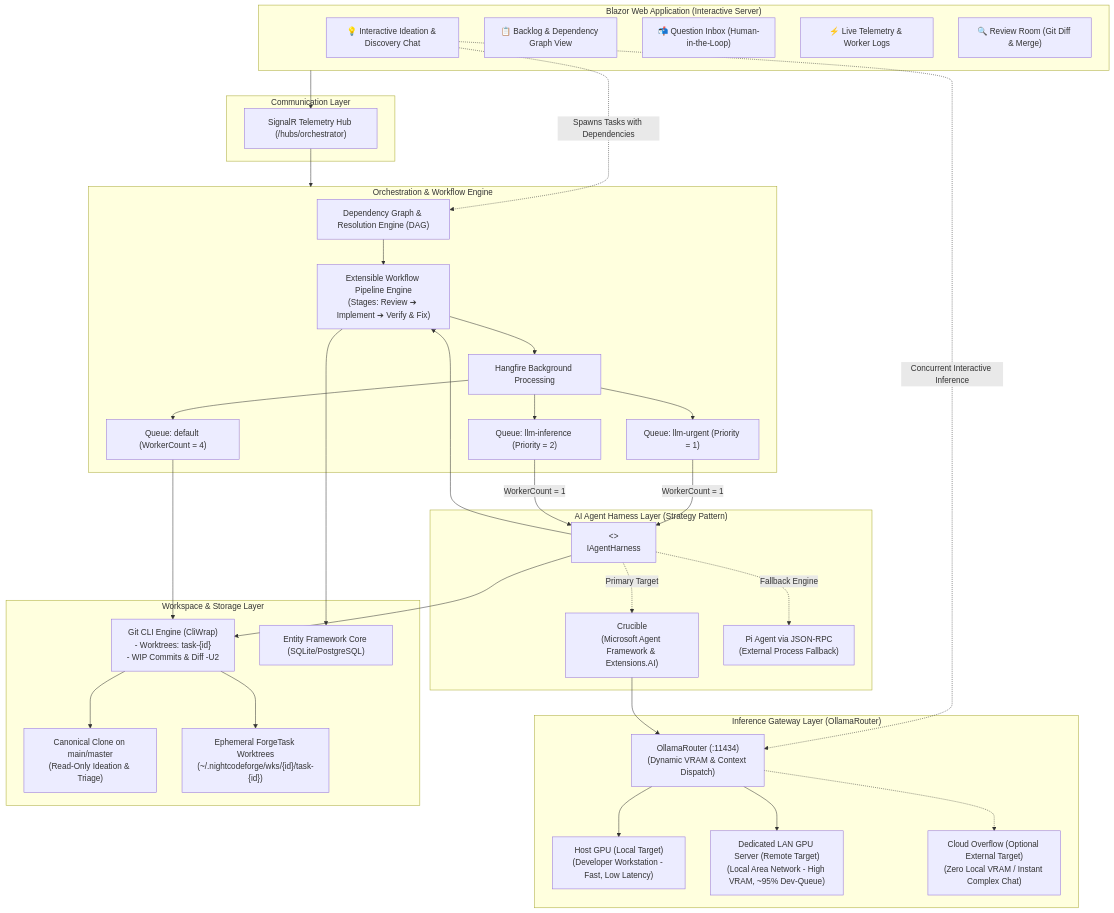
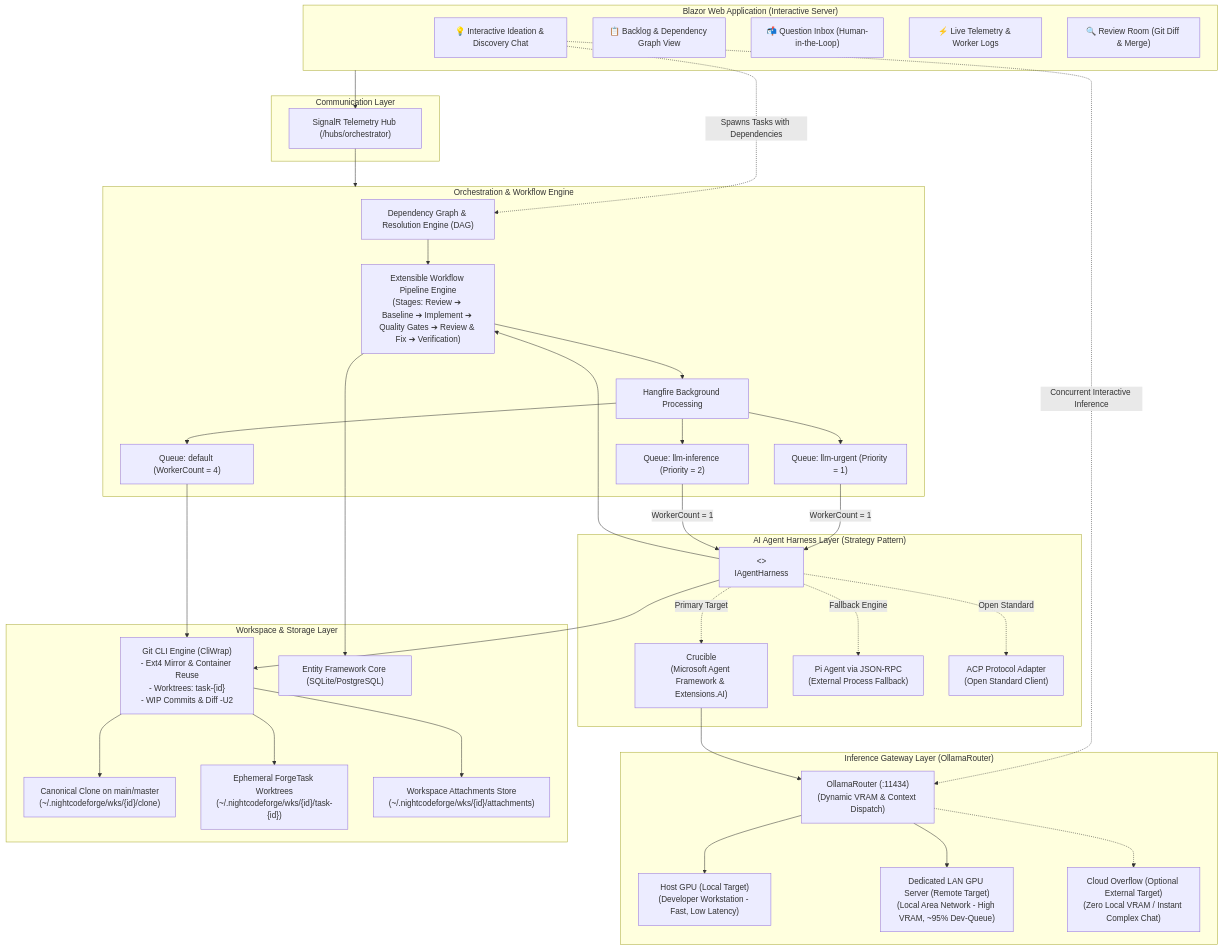
Before and after one commit to jetelain/NightCodeForge: the first of 23 diagrams in docs/ARCHITECTURE.md, drawn with Mermaid. The commit also changed other lines of this file and 7 other files, not shown here.

````diff
--- a/docs/ARCHITECTURE.md
+++ b/docs/ARCHITECTURE.md
@@ -29,71 +29,75 @@
 ```mermaid
 flowchart TB
     subgraph UI ["Blazor Web Application (Interactive Server)"]
         Ideation["💡 Interactive Ideation & Discovery Chat"]
         Backlog["📋 Backlog & Dependency Graph View"]
         Inbox["📬 Question Inbox (Human-in-the-Loop)"]
         Monitor["⚡ Live Telemetry & Worker Logs"]
         Review["🔍 Review Room (Git Diff & Merge)"]
     end
 
     subgraph Hubs ["Communication Layer"]
         SignalR["SignalR Telemetry Hub (/hubs/orchestrator)"]
     end
 
     subgraph Core ["Orchestration & Workflow Engine"]
         DepEngine["Dependency Graph & Resolution Engine (DAG)"]
-        PipelineEngine["Extensible Workflow Pipeline Engine\n(Stages: Review ➔ Implement ➔ Verify & Fix)"]
+        PipelineEngine["Extensible Workflow Pipeline Engine\n(Stages: Review ➔ Baseline ➔ Implement ➔ Quality Gates ➔ Review & Fix ➔ Verification)"]
         HangfireEngine["Hangfire Background Processing"]
         QueueUrgent["Queue: llm-urgent (Priority = 1)"]
         QueueStandard["Queue: llm-inference (Priority = 2)"]
         QueueUtility["Queue: default (WorkerCount = 4)"]
     end
 
     subgraph Harness ["AI Agent Harness Layer (Strategy Pattern)"]
         IHarness["<<interface>>\nIAgentHarness"]
         Crucible["Crucible\n(Microsoft Agent Framework & Extensions.AI)"]
         PiRpc["Pi Agent via JSON-RPC\n(External Process Fallback)"]
+        Acp["ACP Protocol Adapter\n(Open Standard Client)"]
     end
 
     subgraph Gateway ["Inference Gateway Layer (OllamaRouter)"]
         Router["OllamaRouter (:11434)\n(Dynamic VRAM & Context Dispatch)"]
         HostGPU["Host GPU (Local Target)\n(Developer Workstation - Fast, Low Latency)"]
         LanGPU["Dedicated LAN GPU Server (Remote Target)\n(Local Area Network - High VRAM, ~95% Dev-Queue)"]
         CloudOverflow["Cloud Overflow (Optional External Target)\n(Zero Local VRAM / Instant Complex Chat)"]
     end
 
     subgraph Workspaces ["Workspace & Storage Layer"]
-        GitCli["Git CLI Engine (CliWrap)\n- Worktrees: task-{id}\n- WIP Commits & Diff -U2"]
+        GitCli["Git CLI Engine (CliWrap)\n- Ext4 Mirror & Container Reuse\n- Worktrees: task-{id}\n- WIP Commits & Diff -U2"]
         EFCore["Entity Framework Core (SQLite/PostgreSQL)"]
-        CanonicalClone["Canonical Clone on main/master\n(Read-Only Ideation & Triage)"]
+        CanonicalClone["Canonical Clone on main/master\n(~/.nightcodeforge/wks/{id}/clone)"]
         Worktrees["Ephemeral ForgeTask Worktrees\n(~/.nightcodeforge/wks/{id}/task-{id})"]
+        Attachments["Workspace Attachments Store\n(~/.nightcodeforge/wks/{id}/attachments)"]
     end
 
     UI --> SignalR
     SignalR --> Core
     Ideation -.->|Spawns Tasks with Dependencies| DepEngine
     Ideation -.->|Concurrent Interactive Inference| Router
     DepEngine --> PipelineEngine
     PipelineEngine --> HangfireEngine
     HangfireEngine --> QueueUrgent
     HangfireEngine --> QueueStandard
     HangfireEngine --> QueueUtility
 
     QueueUrgent -->|WorkerCount = 1| IHarness
     QueueStandard -->|WorkerCount = 1| IHarness
     QueueUtility --> GitCli
 
     IHarness -.->|Primary Target| Crucible
     IHarness -.->|Fallback Engine| PiRpc
+    IHarness -.->|Open Standard| Acp
 
     Crucible --> Router
     Router --> HostGPU
     Router --> LanGPU
     Router -.-> CloudOverflow
 
     IHarness --> PipelineEngine
     IHarness --> GitCli
     GitCli --> CanonicalClone
     GitCli --> Worktrees
+    GitCli --> Attachments
     PipelineEngine --> EFCore
 ```
````
